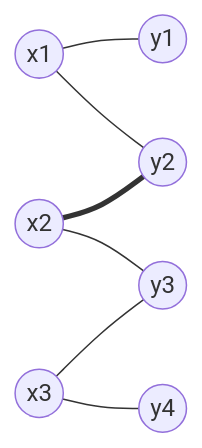
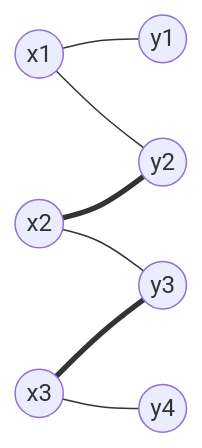
One commit to justinbrianhwang/SJ-wiki changed the diagram in docs/math/graph-theory/matchings-hall-and-konig.md. Above: the diagram before and after it, drawn with Mermaid. The commit also changed other lines of this file and 955 other files, not shown here.

````diff
--- a/docs/math/graph-theory/matchings-hall-and-konig.md
+++ b/docs/math/graph-theory/matchings-hall-and-konig.md
@@ -78,9 +72,9 @@
 ```mermaid
 graph LR
   x1(("x1")) --- y1(("y1"))
   x1 --- y2(("y2"))
   x2(("x2")) === y2
   x2 --- y3(("y3"))
-  x3(("x3")) --- y3
+  x3(("x3")) === y3
   x3 --- y4(("y4"))
 ```
````
